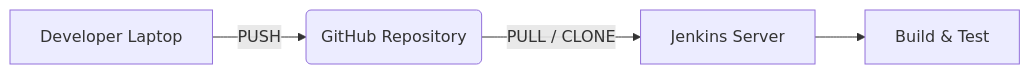
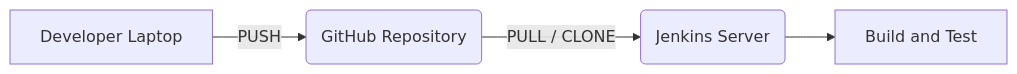
Before and after one commit to SIVAGORAM/devops-zero-to-hero: the diagram in 07-Jenkins/Day-02-GitHub-Integration-and-Webhooks/Day-02-GitHub-Integration.md, drawn with Mermaid. The commit also changed 1 other file, not shown here.

Commit message:
docs: add educational guides for CI/CD fundamentals and Jenkins AWS installation procedures

````diff
--- a/07-Jenkins/Day-02-GitHub-Integration-and-Webhooks/Day-02-GitHub-Integration.md
+++ b/07-Jenkins/Day-02-GitHub-Integration-and-Webhooks/Day-02-GitHub-Integration.md
@@ -11,6 +11,6 @@
 ```mermaid
 graph LR
-    A[Developer Laptop] -->|PUSH| B(GitHub Repository)
-    B -->|PULL / CLONE| C[Jenkins Server]
-    C --> D[Build & Test]
+    A["Developer Laptop"] -->|"PUSH"| B("GitHub Repository")
+    B -->|"PULL / CLONE"| C("Jenkins Server")
+    C --> D["Build and Test"]
 ```
````
